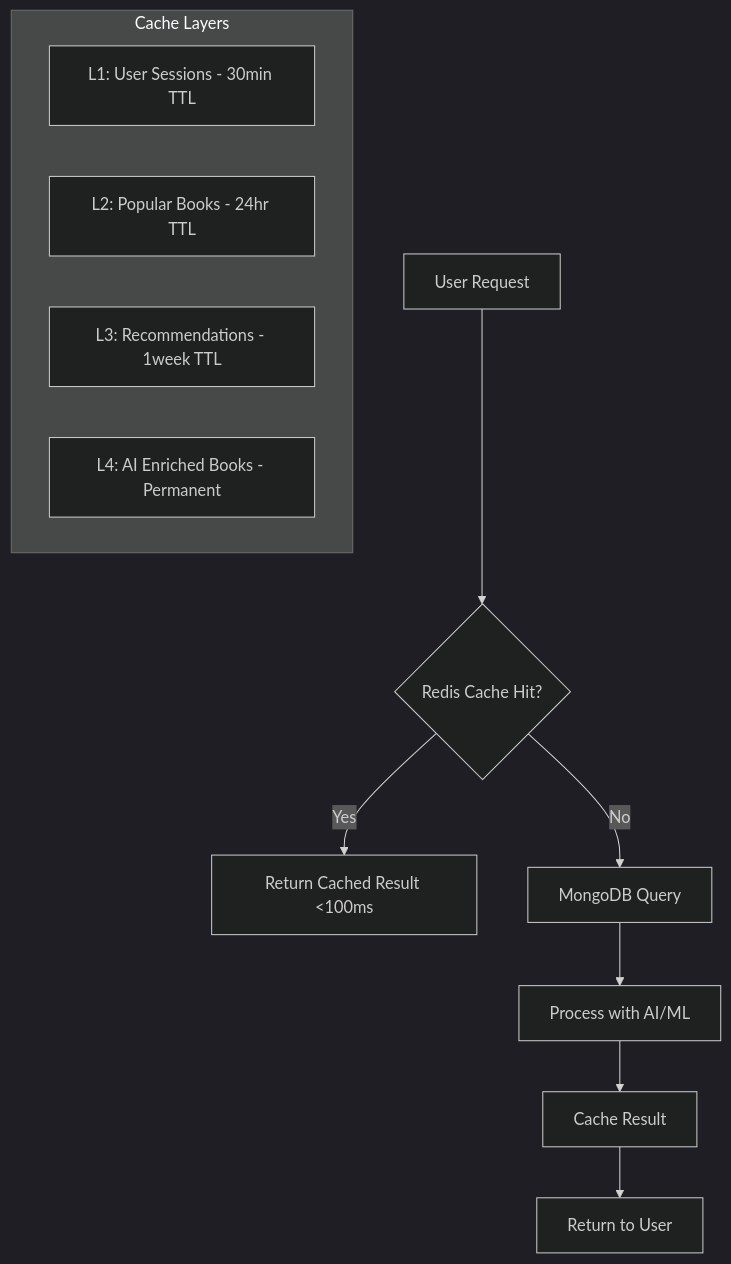
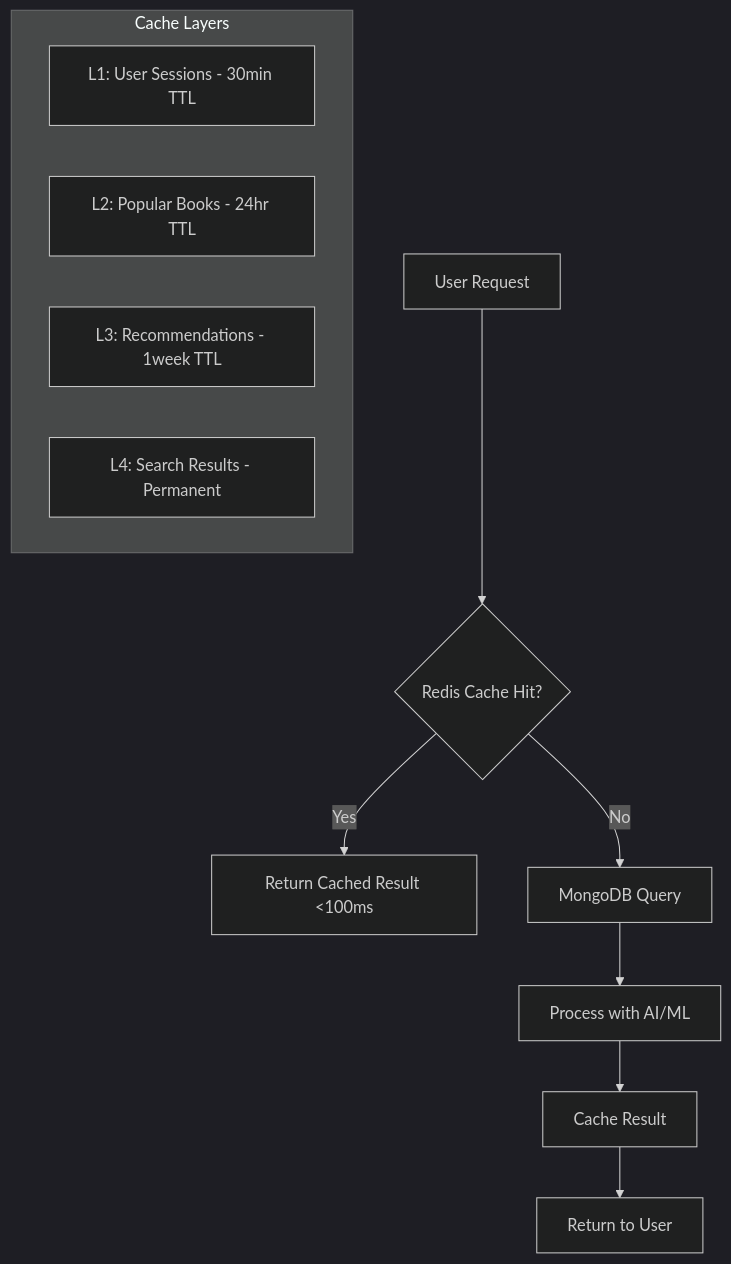
The fifth of 9 diagrams in README.md (RaiyanAli275/ProjectFinal), drawn with Mermaid (dark theme) before and after one commit. The commit also changed other lines of this file, not shown here.

````diff
--- a/README.md
+++ b/README.md
@@ -214,16 +314,16 @@
 ```mermaid
 graph TD
     A[User Request] --> B{Redis Cache Hit?}
     B -->|Yes| C[Return Cached Result <100ms]
     B -->|No| D[MongoDB Query]
     D --> E[Process with AI/ML]
     E --> F[Cache Result]
     F --> G[Return to User]
     
     subgraph "Cache Layers"
         H[L1: User Sessions - 30min TTL]
         I[L2: Popular Books - 24hr TTL]
         J[L3: Recommendations - 1week TTL]
-        K[L4: AI Enriched Books - Permanent]
+        K[L4: Search Results - Permanent]
     end
 ```
````
